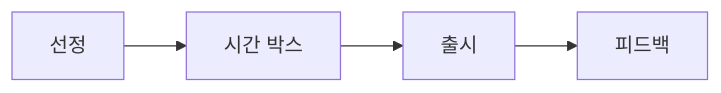
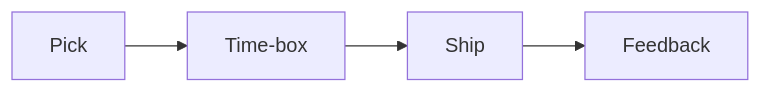
Before and after one commit to yeongseon-books/book-content: the diagram in content/developer-career-101/ko/08-side-projects.md, drawn with Mermaid. The commit also changed other lines of this file and 9 other files, not shown here.

````diff
--- a/content/developer-career-101/ko/08-side-projects.md
+++ b/content/developer-career-101/ko/08-side-projects.md
@@ -46,6 +52,6 @@
 ```mermaid
 flowchart LR
-    P[선정] --> T[시간 박스]
-    T --> S[출시]
-    S --> F[피드백]
+    P[Pick] --> T[Time-box]
+    T --> S[Ship]
+    S --> F[Feedback]
 ```
````
